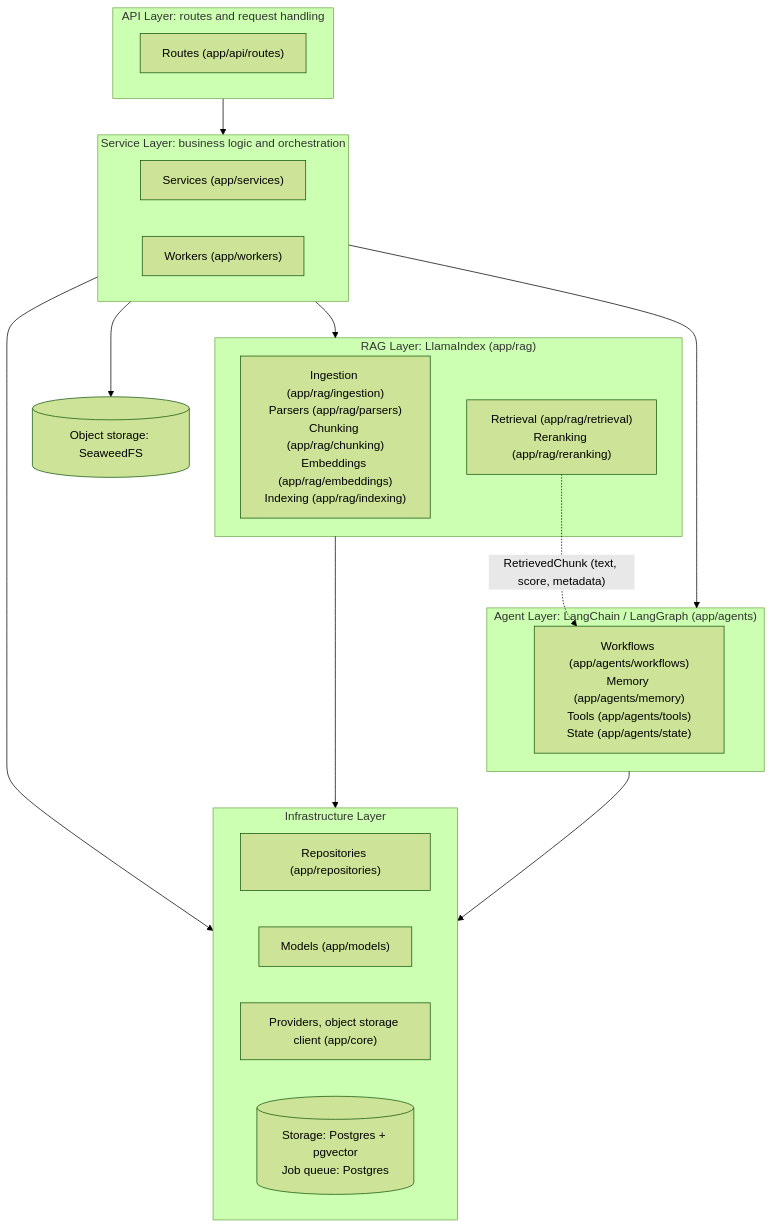
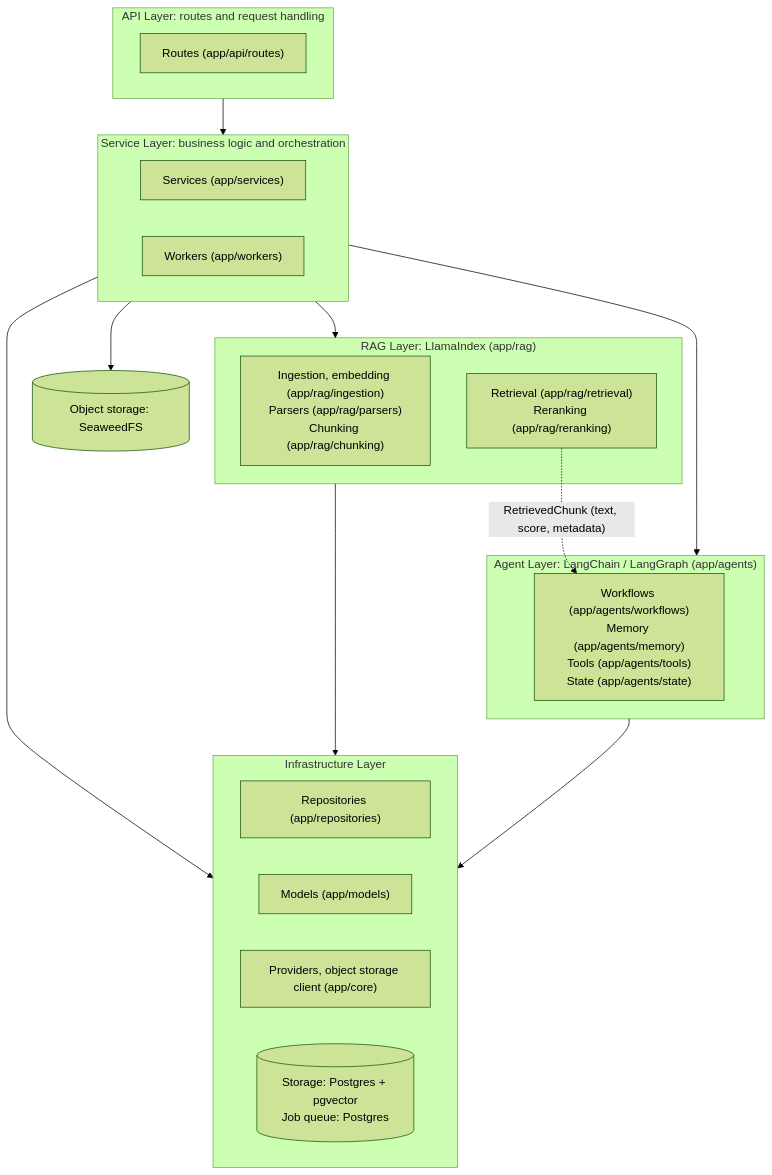
Before and after one commit to JosephSuyam/ragidy: the second of 5 diagrams in docs/architecture/diagrams.md, drawn with Mermaid (forest theme). The commit also changed other lines of this file and 8 other files, not shown here.

````diff
--- a/docs/architecture/diagrams.md
+++ b/docs/architecture/diagrams.md
@@ -26,32 +26,32 @@
 ```mermaid
 flowchart TD
   subgraph API["API Layer: routes and request handling"]
     routes["Routes (app/api/routes)"]
   end
   subgraph SERVICE["Service Layer: business logic and orchestration"]
     services["Services (app/services)"]
     workers["Workers (app/workers)"]
   end
   subgraph RAG["RAG Layer: LlamaIndex (app/rag)"]
-    ingestion["Ingestion (app/rag/ingestion)<br/>Parsers (app/rag/parsers)<br/>Chunking (app/rag/chunking)<br/>Embeddings (app/rag/embeddings)<br/>Indexing (app/rag/indexing)"]
+    ingestion["Ingestion, embedding (app/rag/ingestion)<br/>Parsers (app/rag/parsers)<br/>Chunking (app/rag/chunking)"]
     retrieval["Retrieval (app/rag/retrieval)<br/>Reranking (app/rag/reranking)"]
   end
   subgraph AGENTS["Agent Layer: LangChain / LangGraph (app/agents)"]
     agentmods["Workflows (app/agents/workflows)<br/>Memory (app/agents/memory)<br/>Tools (app/agents/tools)<br/>State (app/agents/state)"]
   end
   subgraph INFRA["Infrastructure Layer"]
     repos["Repositories (app/repositories)"]
     models["Models (app/models)"]
     providers["Providers, object storage client (app/core)"]
     storage[("Storage: Postgres + pgvector<br/>Job queue: Postgres")]
   end
   objstore[("Object storage: SeaweedFS")]
   API --> SERVICE
   SERVICE --> RAG
   SERVICE --> AGENTS
   SERVICE --> INFRA
   SERVICE --> objstore
   RAG --> INFRA
   AGENTS --> INFRA
   retrieval -.->|"RetrievedChunk (text, score, metadata)"| agentmods
 ```
````
